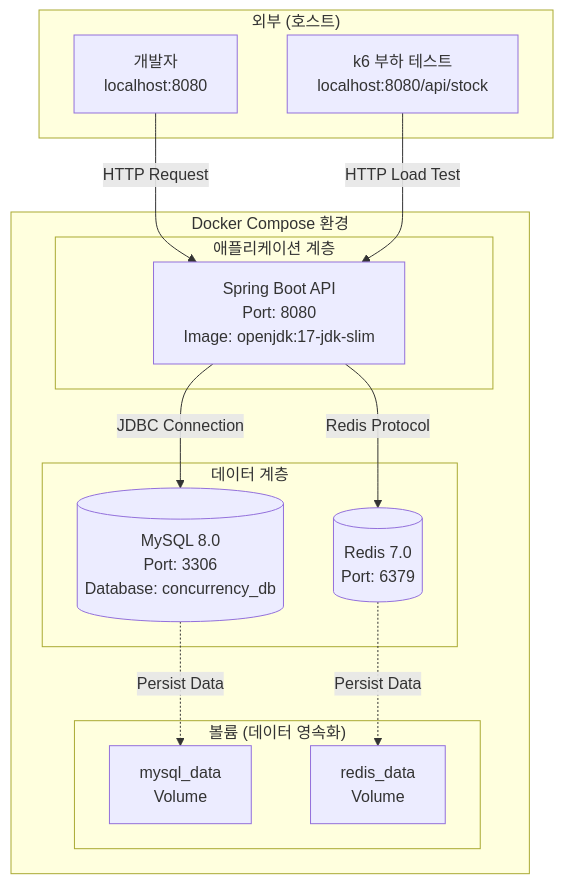
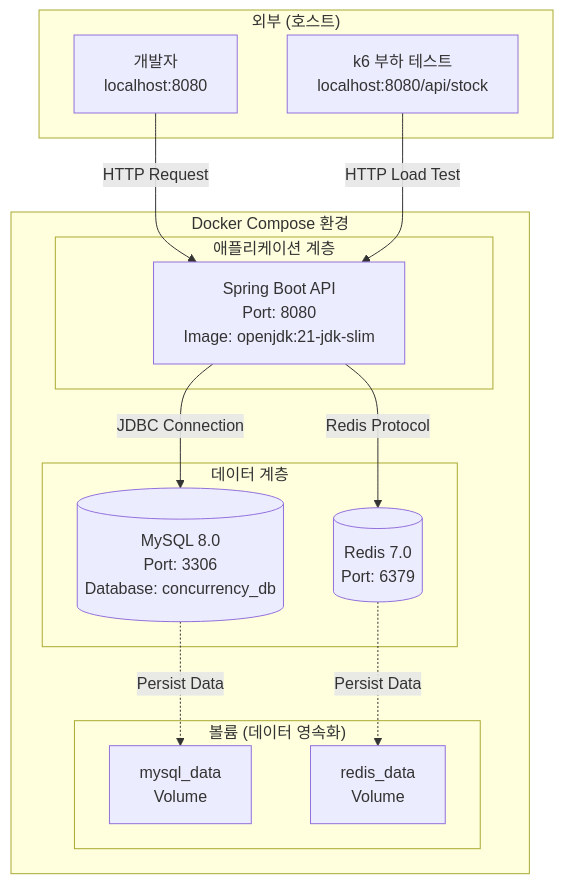
Before and after one commit to JuJin1324/concurrency-control-poc: the first of 6 diagrams in docs/architecture/infrastructure.md, drawn with Mermaid. The commit also changed other lines of this file and 5 other files, not shown here.

````diff
--- a/docs/architecture/infrastructure.md
+++ b/docs/architecture/infrastructure.md
@@ -13,30 +13,30 @@
 ```mermaid
 graph TB
     subgraph "Docker Compose 환경"
         subgraph "애플리케이션 계층"
-            API["Spring Boot API<br/>Port: 8080<br/>Image: openjdk:17-jdk-slim"]
+            API["Spring Boot API<br/>Port: 8080<br/>Image: openjdk:21-jdk-slim"]
         end
 
         subgraph "데이터 계층"
             MySQL[("MySQL 8.0<br/>Port: 3306<br/>Database: concurrency_db")]
             Redis[("Redis 7.0<br/>Port: 6379")]
         end
 
         subgraph "볼륨 (데이터 영속화)"
             MySQLVol["mysql_data<br/>Volume"]
             RedisVol["redis_data<br/>Volume"]
         end
     end
 
     subgraph "외부 (호스트)"
         Developer["개발자<br/>localhost:8080"]
         K6["k6 부하 테스트<br/>localhost:8080/api/stock"]
     end
 
     Developer -->|HTTP Request| API
     K6 -->|HTTP Load Test| API
     API -->|JDBC Connection| MySQL
     API -->|Redis Protocol| Redis
     MySQL -.->|Persist Data| MySQLVol
     Redis -.->|Persist Data| RedisVol
 ```
````
